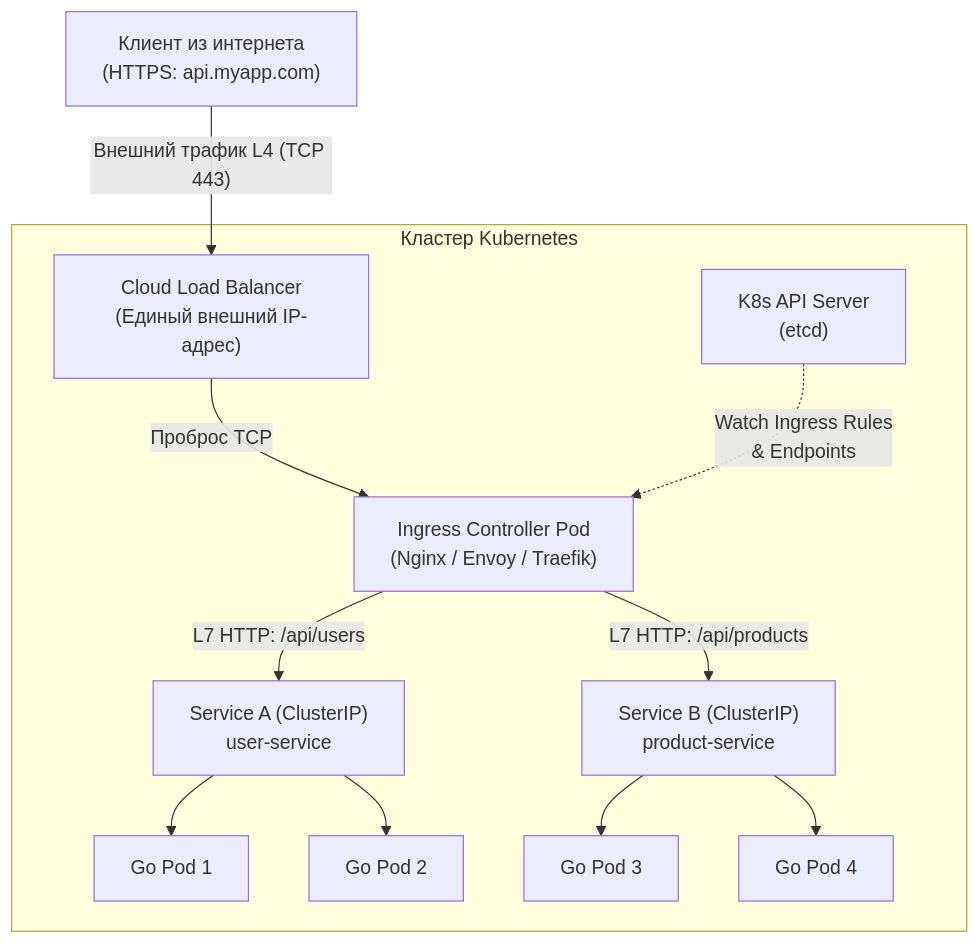
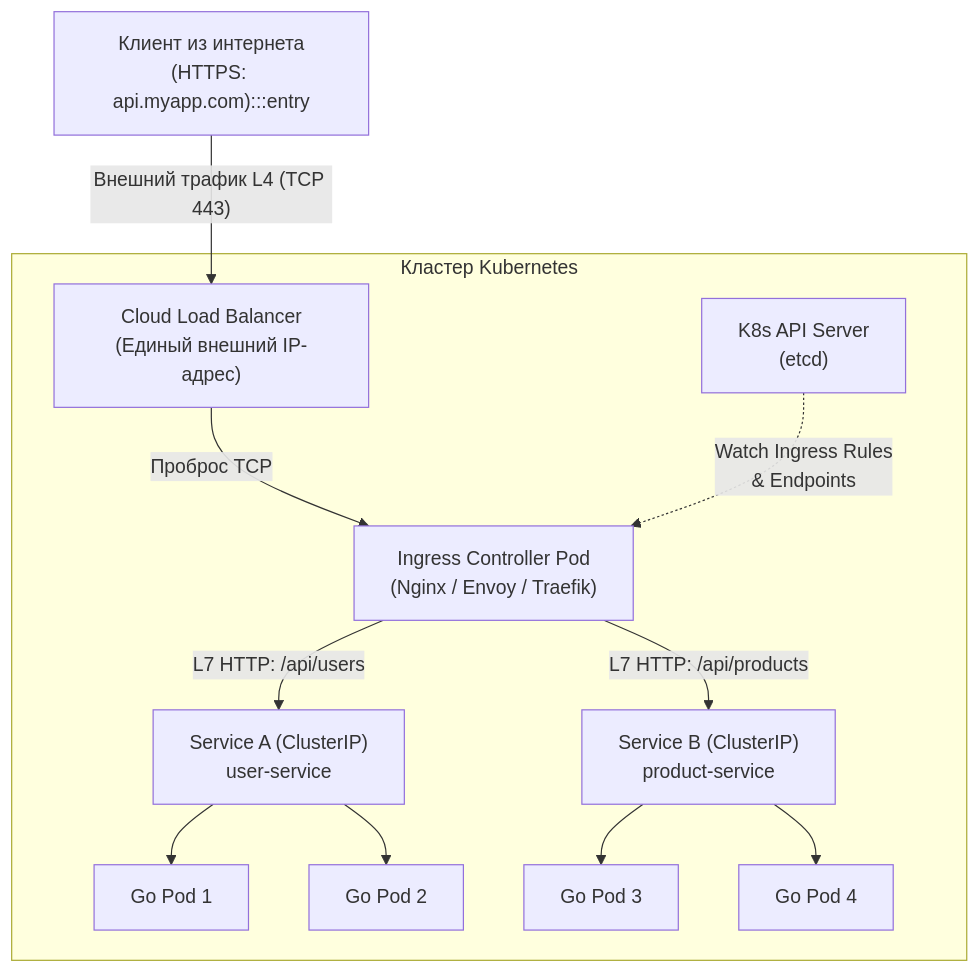
The first of 3 diagrams in sources/19. Инфраструктура. Linux, nginx, Docker, Kubernetes/04. Kubernetes/4. Ingress.md (UnrealTemplier/go-textbook), drawn with Mermaid before and after one commit. The commit also changed other lines of this file and 1666 other files, not shown here.

First line of the commit message:
feat(mermaid): add semantic color classDef to 1369 colorless flowchart/graph diagrams

````diff
--- a/sources/19. Инфраструктура. Linux, nginx, Docker, Kubernetes/04. Kubernetes/4. Ingress.md
+++ b/sources/19. Инфраструктура. Linux, nginx, Docker, Kubernetes/04. Kubernetes/4. Ingress.md
@@ -20,18 +20,28 @@
 ```mermaid
 flowchart TD
-    Client["Клиент из интернета\n(HTTPS: api.myapp.com)"] -->|"Внешний трафик L4 (TCP 443)"| LB["Cloud Load Balancer\n(Единый внешний IP-адрес)"]
+    classDef process  fill:#1e293b,stroke:#38bdf8,stroke-width:1px,color:#f8fafc
+    classDef success  fill:#064e3b,stroke:#34d399,stroke-width:1px,color:#f8fafc
+    classDef error    fill:#7f1d1d,stroke:#f87171,stroke-width:1px,color:#f8fafc
+    classDef warning  fill:#78350f,stroke:#fbbf24,stroke-width:1px,color:#f8fafc
+    classDef entry    fill:#1e3a5f,stroke:#38bdf8,stroke-width:2px,color:#f8fafc
+    classDef aux      fill:#334155,stroke:#64748b,stroke-width:1px,color:#f8fafc
+    classDef system   fill:#312e81,stroke:#a78bfa,stroke-width:1px,color:#f8fafc
+    classDef data     fill:#132d29,stroke:#2dd4bf,stroke-width:1px,color:#f8fafc
+    classDef network  fill:#881337,stroke:#fb7185,stroke-width:1px,color:#f8fafc
+    classDef accent   fill:#1e1b4b,stroke:#818cf8,stroke-width:1px,color:#f8fafc
+    Client["Клиент из интернета\n(HTTPS: api.myapp.com):::entry"] -->|"Внешний трафик L4 (TCP 443)"| LB["Cloud Load Balancer\n(Единый внешний IP-адрес)"]
     
     subgraph K8s["Кластер Kubernetes"]
         LB -->|"Проброс TCP"| IC["Ingress Controller Pod\n(Nginx / Envoy / Traefik)"]
         
         APIServer["K8s API Server\n(etcd)"] -.->|"Watch Ingress Rules\n& Endpoints"| IC
         
         IC -->|"L7 HTTP: /api/users"| SvcA["Service A (ClusterIP)\nuser-service"]
         IC -->|"L7 HTTP: /api/products"| SvcB["Service B (ClusterIP)\nproduct-service"]
         
         SvcA --> Pod1["Go Pod 1"]
         SvcA --> Pod2["Go Pod 2"]
         SvcB --> Pod3["Go Pod 3"]
         SvcB --> Pod4["Go Pod 4"]
     end
 ```
````
